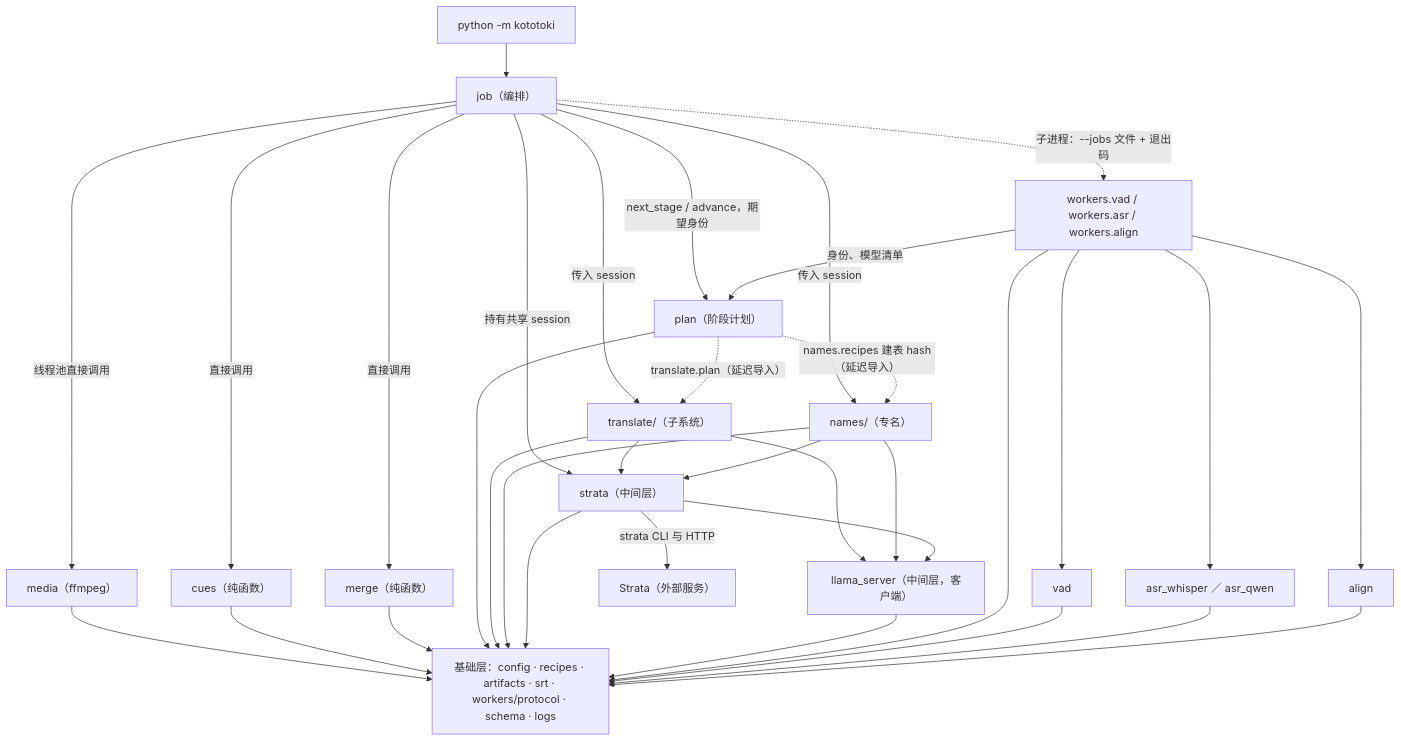
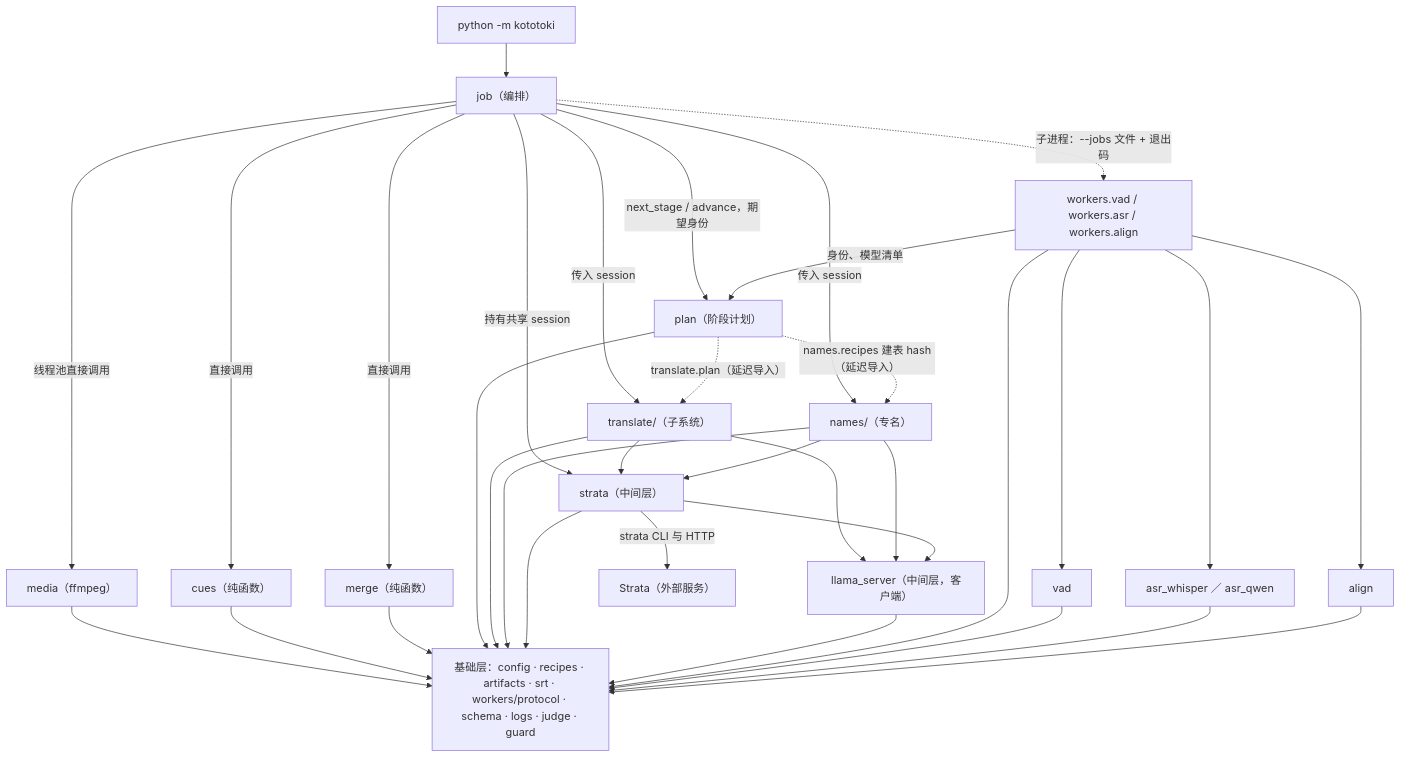
Before and after one commit to watchzerg/kototoki: the second of 2 diagrams in docs/architecture/INDEX.md, drawn with Mermaid. The commit also changed 6 other files, not shown here.

````diff
--- a/docs/architecture/INDEX.md
+++ b/docs/architecture/INDEX.md
@@ -55,37 +55,37 @@
 ```mermaid
 flowchart TB
   MAIN["python -m kototoki"] --> JOB["job（编排）"]
   JOB -->|线程池直接调用| MEDIA["media（ffmpeg）"]
   JOB -->|直接调用| CUES["cues（纯函数）"]
   JOB -->|直接调用| MERGE["merge（纯函数）"]
   JOB -->|next_stage / advance，期望身份| PLAN["plan（阶段计划）"]
   JOB -->|持有共享 session| ST["strata（中间层）"]
   JOB -->|传入 session| NM["names/（专名）"]
   JOB -->|传入 session| TR["translate/（子系统）"]
   JOB -.->|子进程：--jobs 文件 + 退出码| WK["workers.vad / workers.asr / workers.align"]
   WK -->|身份、模型清单| PLAN
   PLAN -.->|translate.plan（延迟导入）| TR
   PLAN -.->|names.recipes 建表 hash（延迟导入）| NM
   WK --> VAD["vad"]
   WK --> ASR["asr_whisper ／ asr_qwen"]
   WK --> ALIGN["align"]
   TR --> ST
   NM --> ST
   TR --> LS["llama_server（中间层，客户端）"]
   NM --> LS
   ST --> LS
   ST -->|strata CLI 与 HTTP| STRATA["Strata（外部服务）"]
   MEDIA --> BASE
   CUES --> BASE
   MERGE --> BASE
   PLAN --> BASE
   TR --> BASE
   NM --> BASE
   ST --> BASE
   LS --> BASE
   WK --> BASE
   VAD --> BASE
   ASR --> BASE
   ALIGN --> BASE
-  BASE["基础层：config · recipes · artifacts · srt · workers/protocol · schema · logs"]
+  BASE["基础层：config · recipes · artifacts · srt · workers/protocol · schema · logs · judge · guard"]
 ```
````
